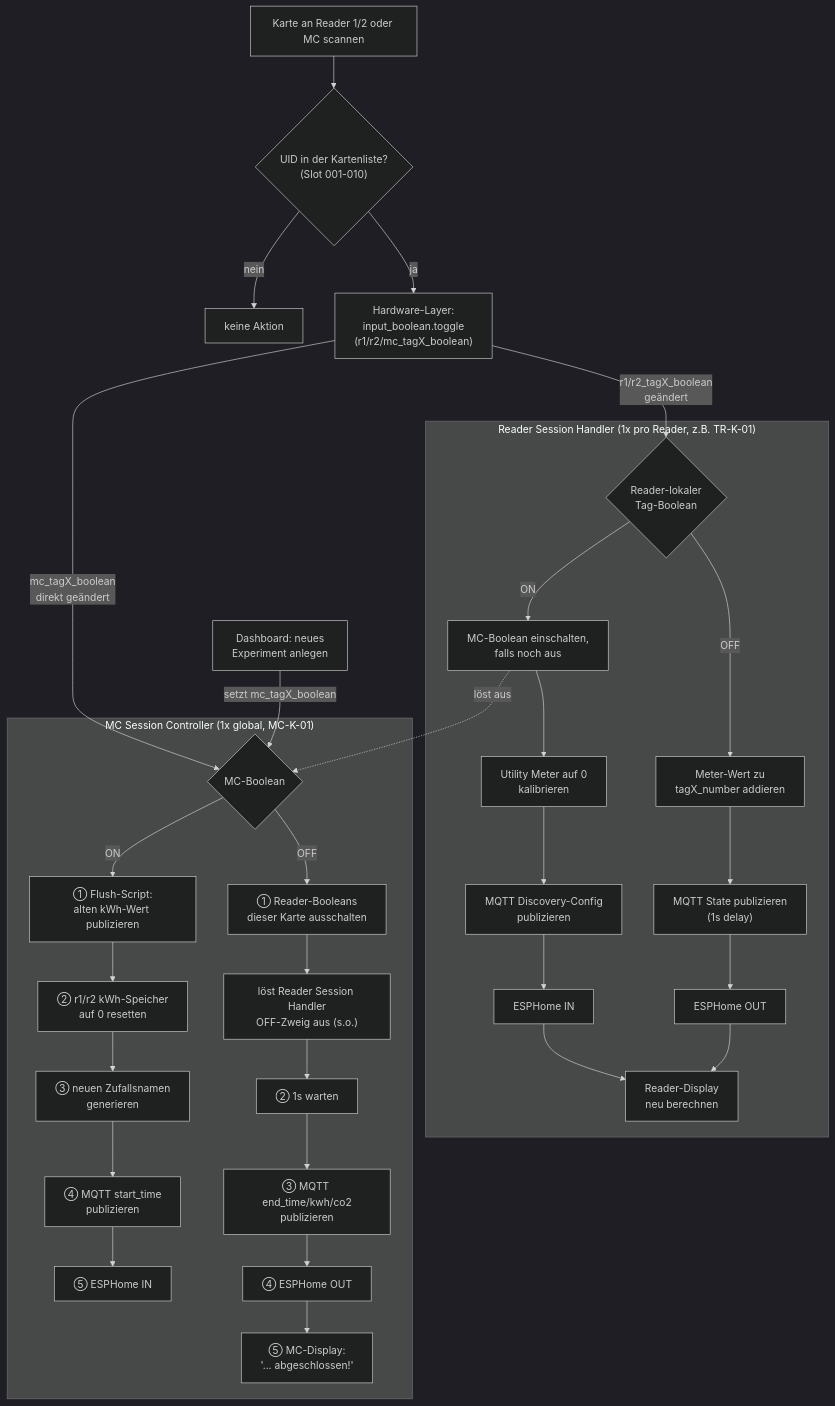
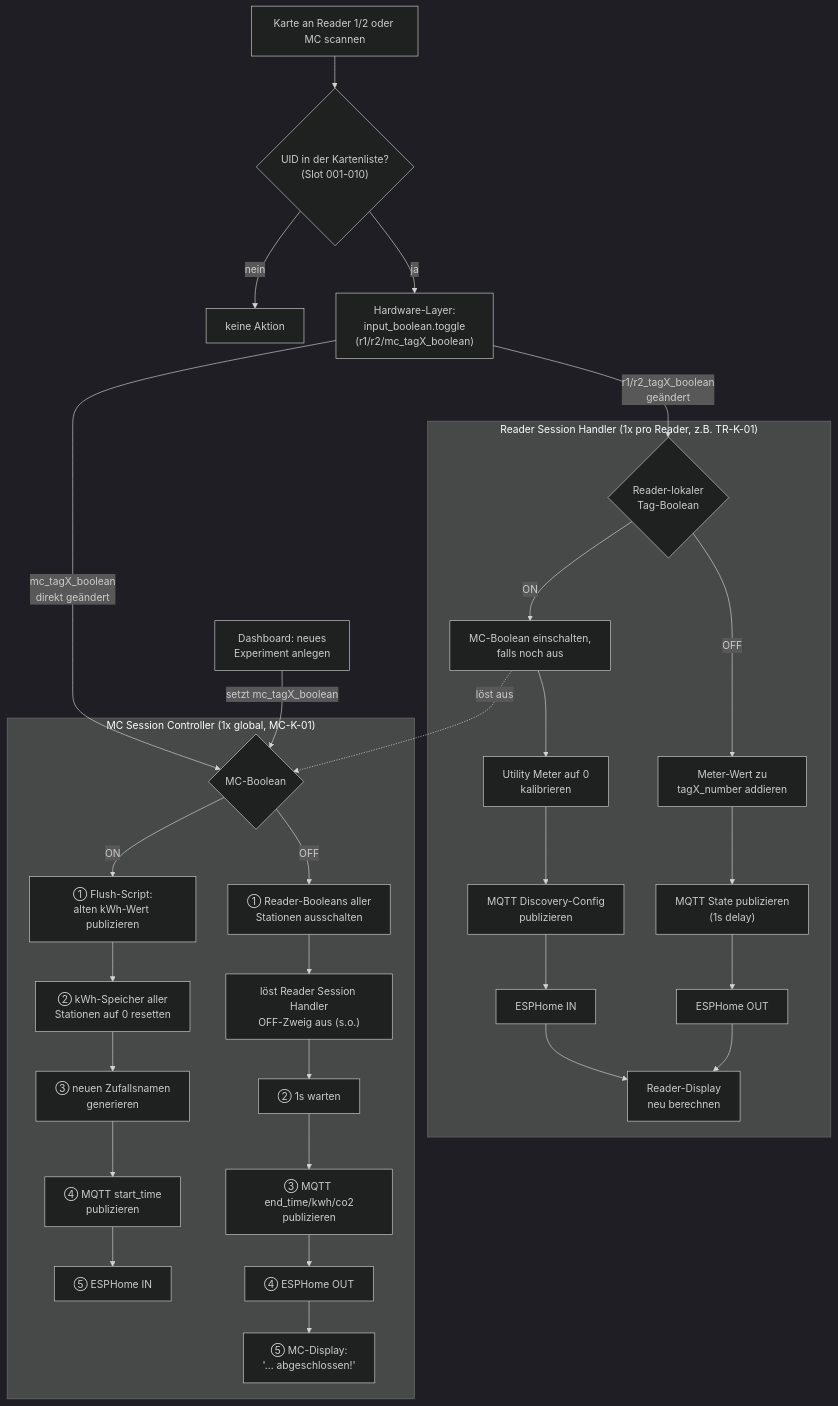
The diagram in ablaufdiagramm.md (erpel1234/SmInt_Blueprints), drawn with Mermaid (dark theme) before and after one commit. The commit also changed 3 other files, not shown here.

````diff
--- a/ablaufdiagramm.md
+++ b/ablaufdiagramm.md
@@ -7,41 +7,41 @@
 ```mermaid
 flowchart TD
     A[Karte an Reader 1/2 oder MC scannen] --> B{"UID in der Kartenliste?<br/>(Slot 001-010)"}
     B -- nein --> Z[keine Aktion]
     B -- ja --> C["Hardware-Layer:<br/>input_boolean.toggle<br/>(r1/r2/mc_tagX_boolean)"]
 
     C -->|"r1/r2_tagX_boolean<br/>geändert"| D{Reader-lokaler<br/>Tag-Boolean}
     C -->|"mc_tagX_boolean<br/>direkt geändert"| M{MC-Boolean}
     DashB[Dashboard: neues<br/>Experiment anlegen] -->|"setzt mc_tagX_boolean"| M
 
     subgraph RSH["Reader Session Handler (1x pro Reader, z.B. TR-K-01)"]
         D -- ON --> E[MC-Boolean einschalten,<br/>falls noch aus]
         E --> F[Utility Meter auf 0<br/>kalibrieren]
         F --> G[MQTT Discovery-Config<br/>publizieren]
         G --> H[ESPHome IN]
 
         D -- OFF --> I["Meter-Wert zu<br/>tagX_number addieren"]
         I --> J["MQTT State publizieren<br/>(1s delay)"]
         J --> K[ESPHome OUT]
 
         H --> L[Reader-Display<br/>neu berechnen]
         K --> L
     end
 
     E -.->|"löst aus"| M
 
     subgraph MCC["MC Session Controller (1x global, MC-K-01)"]
         M -- ON --> N["① Flush-Script:<br/>alten kWh-Wert publizieren"]
-        N --> O["② r1/r2 kWh-Speicher<br/>auf 0 resetten"]
+        N --> O["② kWh-Speicher aller<br/>Stationen auf 0 resetten"]
         O --> P["③ neuen Zufallsnamen<br/>generieren"]
         P --> Q["④ MQTT start_time<br/>publizieren"]
         Q --> R[⑤ ESPHome IN]
 
-        M -- OFF --> T["① Reader-Booleans<br/>dieser Karte ausschalten"]
+        M -- OFF --> T["① Reader-Booleans aller<br/>Stationen ausschalten"]
         T --> T2["löst Reader Session Handler<br/>OFF-Zweig aus (s.o.)"]
         T2 --> Wait["② 1s warten"]
         Wait --> S["③ MQTT end_time/kwh/co2<br/>publizieren"]
         S --> U[④ ESPHome OUT]
         U --> V["⑤ MC-Display:<br/>'... abgeschlossen!'"]
     end
 ```
````
